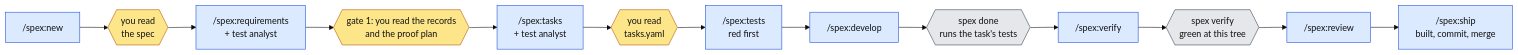
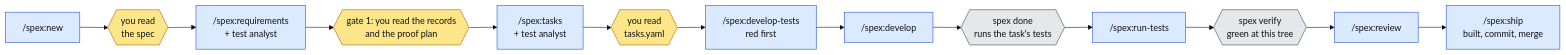
One commit to lukaskellerstein/claude-my-marketplace changed the first of 2 diagrams in README.md. Above: the diagram before and after it, drawn with Mermaid (base theme). The commit also changed other lines of this file and 51 other files, not shown here.

````diff
--- a/README.md
+++ b/README.md
@@ -74,7 +74,7 @@
 ```mermaid
 flowchart LR
   classDef person fill:#fde68a,stroke:#b45309,color:#111
   classDef skill fill:#dbeafe,stroke:#1d4ed8,color:#111
   classDef script fill:#e5e7eb,stroke:#374151,color:#111
-  new["/spex:new"]:::skill --> a0{{"you read<br/>the spec"}}:::person --> req["/spex:requirements<br/>+ test analyst"]:::skill --> g1{{"gate 1: you read the records<br/>and the proof plan"}}:::person --> tasks["/spex:tasks<br/>+ test analyst"]:::skill --> a2{{"you read<br/>tasks.yaml"}}:::person --> tests["/spex:tests<br/>red first"]:::skill --> dev["/spex:develop"]:::skill --> done{{"spex done<br/>runs the task's tests"}}:::script --> ver["/spex:verify"]:::skill --> vok{{"spex verify<br/>green at this tree"}}:::script --> rev["/spex:review"]:::skill --> ship["/spex:ship<br/>built, commit, merge"]:::skill
+  new["/spex:new"]:::skill --> a0{{"you read<br/>the spec"}}:::person --> req["/spex:requirements<br/>+ test analyst"]:::skill --> g1{{"gate 1: you read the records<br/>and the proof plan"}}:::person --> tasks["/spex:tasks<br/>+ test analyst"]:::skill --> a2{{"you read<br/>tasks.yaml"}}:::person --> tests["/spex:develop-tests<br/>red first"]:::skill --> dev["/spex:develop"]:::skill --> done{{"spex done<br/>runs the task's tests"}}:::script --> ver["/spex:run-tests"]:::skill --> vok{{"spex verify<br/>green at this tree"}}:::script --> rev["/spex:review"]:::skill --> ship["/spex:ship<br/>built, commit, merge"]:::skill
 ```
````
